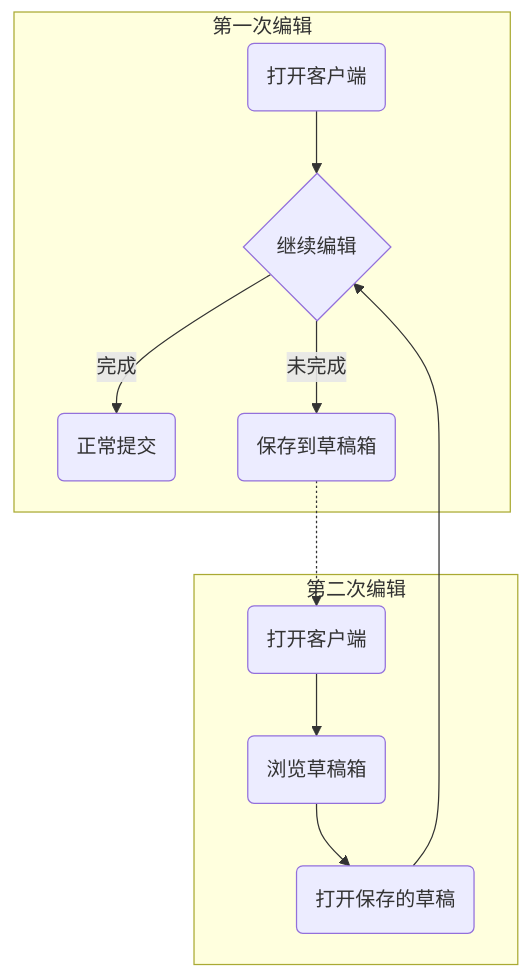
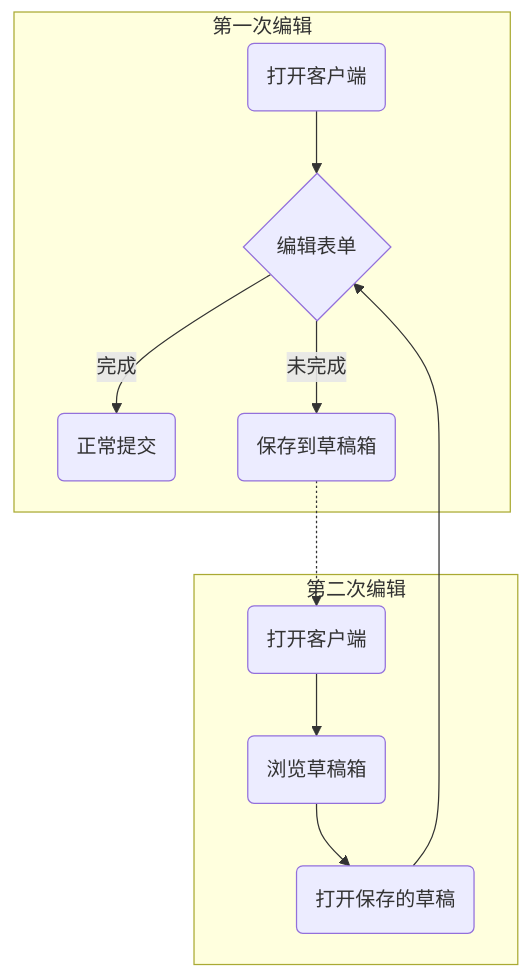
Before and after one commit to Pylogmon/committer: the second of 3 diagrams in docs/需求分析.md, drawn with Mermaid. The commit also changed other lines of this file, not shown here.

````diff
--- a/docs/需求分析.md
+++ b/docs/需求分析.md
@@ -68,14 +67,14 @@
 ```mermaid
 graph TB
 	subgraph 第一次编辑
   start1(打开客户端) --> edit{编辑表单}
   edit --完成--> commit(正常提交)
   edit --未完成--> save(保存到草稿箱)
   end
   save -.-> start2
   subgraph 第二次编辑
   start2(打开客户端) --> draft(浏览草稿箱)
   draft --> open(打开保存的草稿)
-  open --> edit{继续编辑}
+  open --> edit
   end
 ```
````
